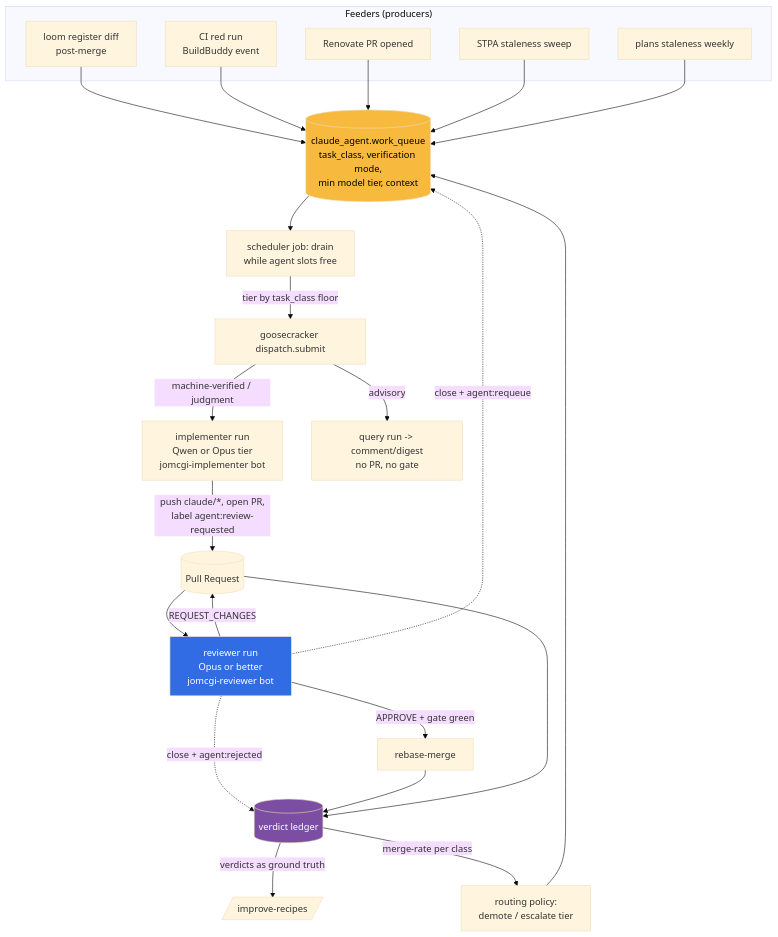
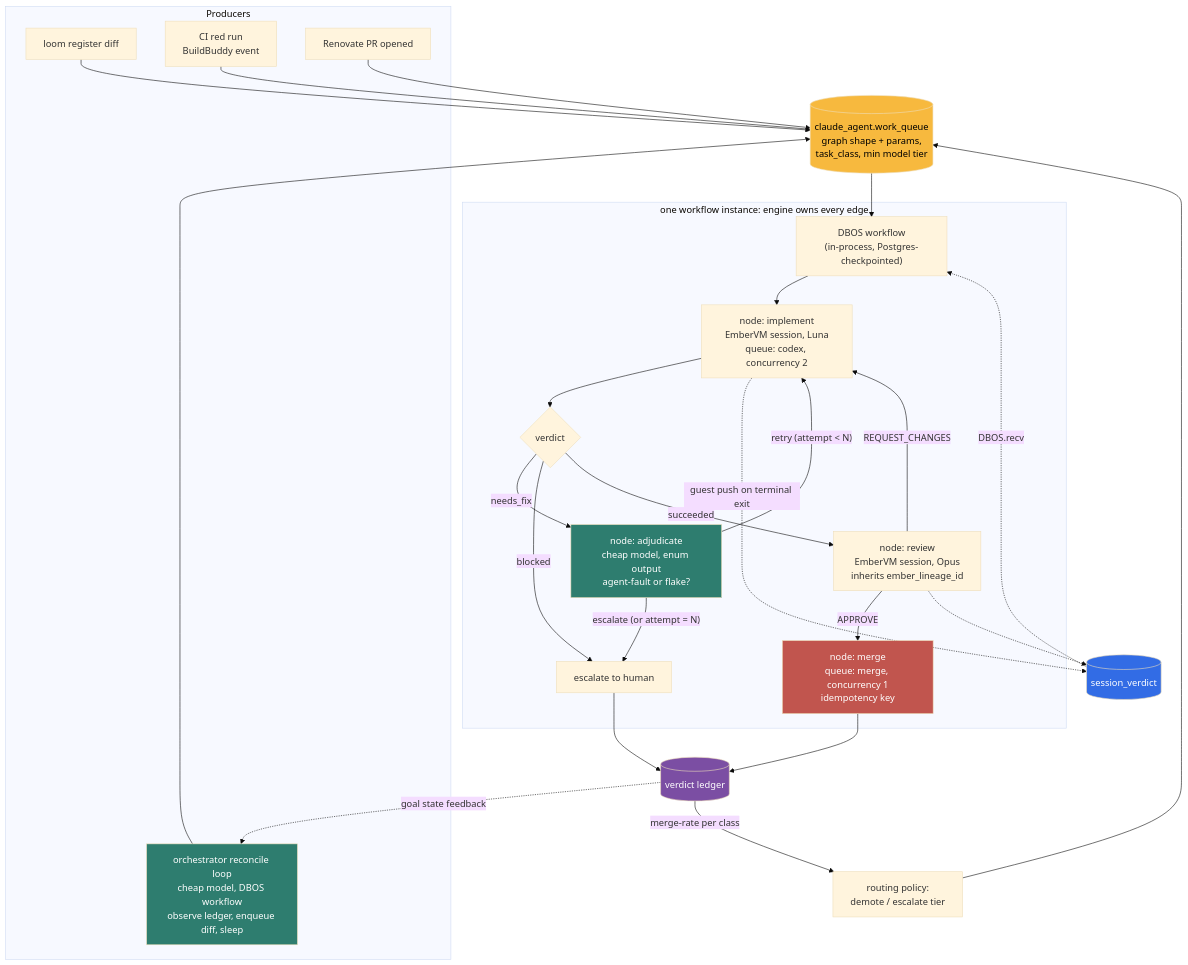
Before and after one commit to jomcgi-org/homelab: the diagram in docs/decisions/agents/038-autonomous-work-queue-tiered-gating.md, drawn with Mermaid (base theme). The commit also changed other lines of this file and 1 other file, not shown here.

````diff
--- a/docs/decisions/agents/038-autonomous-work-queue-tiered-gating.md
+++ b/docs/decisions/agents/038-autonomous-work-queue-tiered-gating.md
@@ -80,36 +262,42 @@
 ```mermaid
 graph TB
-    subgraph feeders["Feeders (producers)"]
-      F1[loom register diff<br/>post-merge]
+    subgraph feeders["Producers"]
+      F1[loom register diff]
       F2[CI red run<br/>BuildBuddy event]
       F3[Renovate PR opened]
-      F4[STPA staleness sweep]
-      F5[plans staleness weekly]
+      ORCH["orchestrator reconcile loop<br/>cheap model, DBOS workflow<br/>observe ledger, enqueue diff, sleep"]
     end
 
-    F1 & F2 & F3 & F4 & F5 --> Q[(claude_agent.work_queue<br/>task_class, verification mode,<br/>min model tier, context)]
+    F1 & F2 & F3 & ORCH --> Q[(claude_agent.work_queue<br/>graph shape + params,<br/>task_class, min model tier)]
 
-    Q --> D[scheduler job: drain<br/>while agent slots free]
-    D -->|"tier by task_class floor"| GC[goosecracker dispatch.submit]
+    Q --> WF["DBOS workflow<br/>(in-process, Postgres-checkpointed)"]
 
-    GC -->|machine-verified / judgment| IMPL[implementer run<br/>Qwen or Opus tier<br/>jomcgi-implementer bot]
-    GC -->|advisory| ADV[query run -> comment/digest<br/>no PR, no gate]
+    subgraph graph["one workflow instance: engine owns every edge"]
+      WF --> IMPL["node: implement<br/>EmberVM session, Luna<br/>queue: codex, concurrency 2"]
+      IMPL --> V1{verdict}
+      V1 -->|needs_fix| ADJ["node: adjudicate<br/>cheap model, enum output<br/>agent-fault or flake?"]
+      ADJ -->|"retry (attempt < N)"| IMPL
+      ADJ -->|"escalate (or attempt = N)"| ESC[escalate to human]
+      V1 -->|blocked| ESC
+      V1 -->|succeeded| REV["node: review<br/>EmberVM session, Opus<br/>inherits ember_lineage_id"]
+      REV -->|APPROVE| MERGE["node: merge<br/>queue: merge, concurrency 1<br/>idempotency key"]
+      REV -->|REQUEST_CHANGES| IMPL
+    end
 
-    IMPL -->|"push claude/*, open PR,<br/>label agent:review-requested"| PR[(Pull Request)]
-    PR --> REV[reviewer run<br/>Opus or better<br/>jomcgi-reviewer bot]
+    IMPL -.->|guest push on terminal exit| VD[(session_verdict)]
+    REV -.-> VD
+    VD -.->|DBOS.recv| WF
 
-    REV -->|APPROVE + gate green| M[rebase-merge]
-    REV -->|REQUEST_CHANGES| PR
-    REV -.->|close + agent:rejected| L
-    REV -.->|close + agent:requeue| Q
-
-    M --> L[(verdict ledger)]
-    PR --> L
-    L -->|verdicts as ground truth| IR[/improve-recipes/]
+    MERGE --> L[(verdict ledger)]
+    ESC --> L
     L -->|merge-rate per class| POL[routing policy:<br/>demote / escalate tier]
     POL --> Q
+    L -.->|goal state feedback| ORCH
 
     style Q fill:#F7B93E,color:#000
-    style REV fill:#326CE5,color:#fff
+    style VD fill:#326CE5,color:#fff
     style L fill:#7B4EA3,color:#fff
+    style MERGE fill:#C1554E,color:#fff
+    style ORCH fill:#2E7D6F,color:#fff
+    style ADJ fill:#2E7D6F,color:#fff
 ```
````
